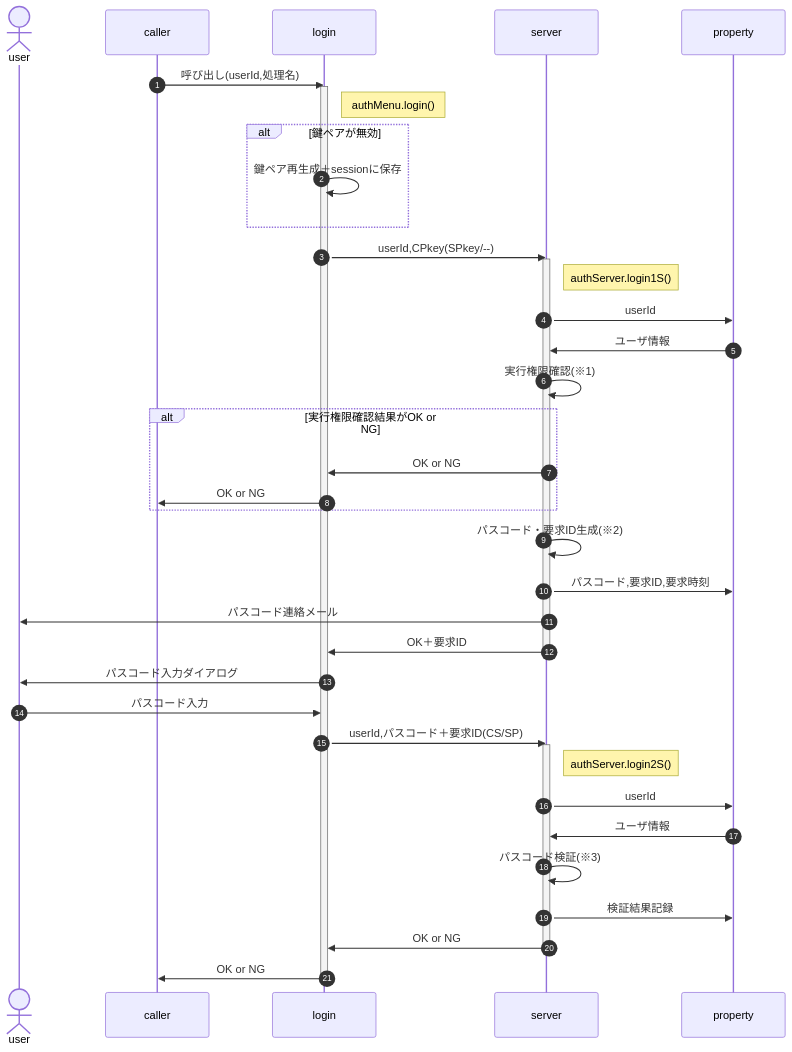
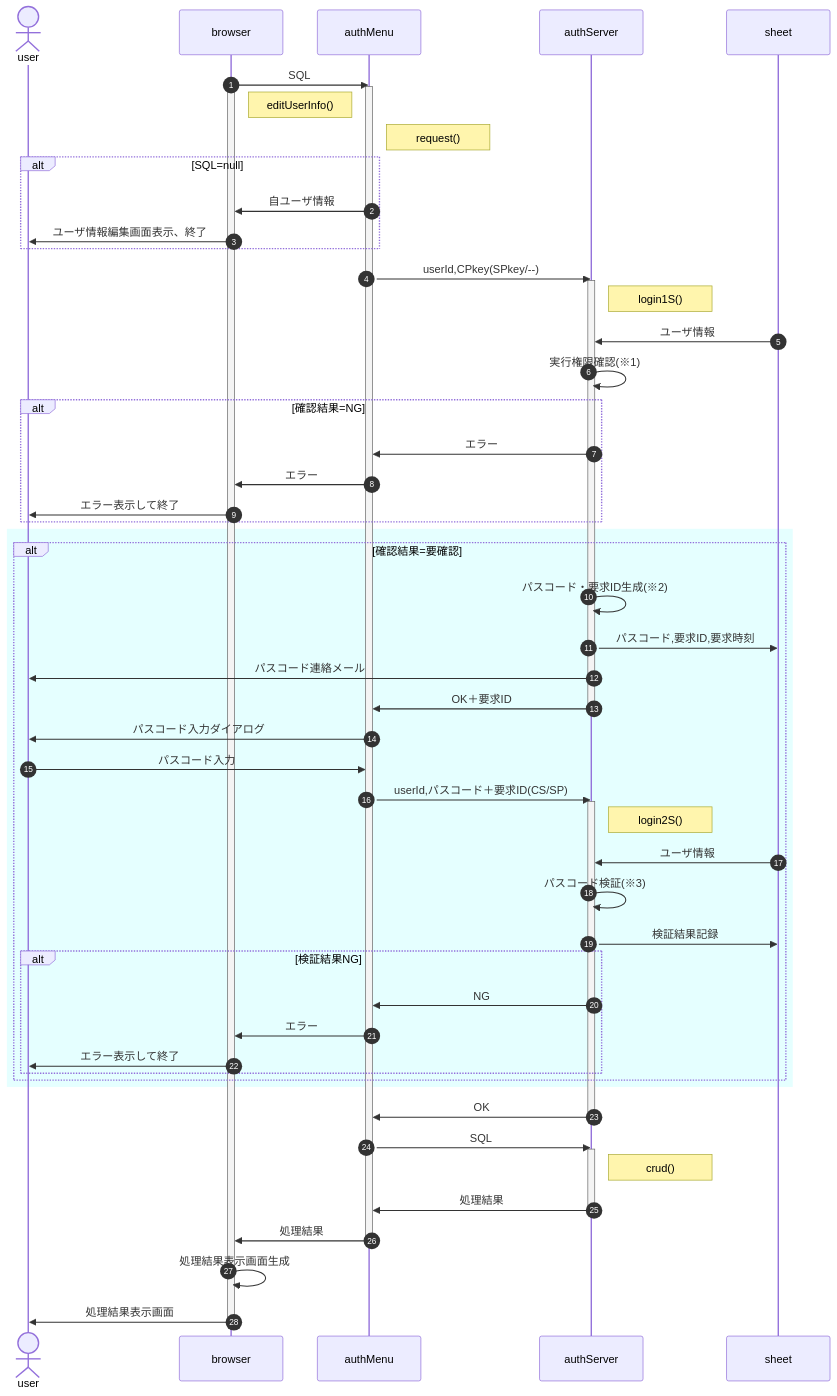
Before and after one commit to nakaone/library: the diagram in authMenu/1.0.0/doc/login.md, drawn with Mermaid.

````diff
--- a/authMenu/1.0.0/doc/login.md
+++ b/authMenu/1.0.0/doc/login.md
@@ -3,47 +3,65 @@
 ```mermaid
 sequenceDiagram
   autonumber
   actor user
-  participant caller
-  participant login
-  participant server
-  participant property
+  participant browser
+  participant client as authMenu
+  participant server as authServer
+  participant sheet
 
-  caller ->> login : 呼び出し(userId,処理名)
-  activate login
-  Note right of login : authMenu.login()
-  alt 鍵ペアが無効
-    login ->> login : 鍵ペア再生成＋sessionに保存
+  browser ->> client : SQL
+  activate browser
+  activate client
+  Note right of browser : editUserInfo()
+  Note right of client : request()
+  alt SQL=null
+    client ->> browser : 自ユーザ情報
+    browser ->> user : ユーザ情報編集画面表示、終了
   end
 
-  login ->> server : userId,CPkey(SPkey/--)
+  client ->> server : userId,CPkey(SPkey/--)
   activate server
-  Note right of server : authServer.login1S()
-  server ->> property : userId
-  property ->> server  : ユーザ情報
+  Note right of server : login1S()
+  sheet ->> server : ユーザ情報
   server ->> server : 実行権限確認(※1)
-  alt 実行権限確認結果がOK or NG
-    server ->> login : OK or NG
-    login ->> caller : OK or NG
+  alt 確認結果=NG
+    server ->> client : エラー
+    client ->> browser : エラー
+    browser ->> user : エラー表示して終了
   end
+  rect rgba(0, 255, 255, 0.1)
+    alt 確認結果=要確認
+      server ->> server : パスコード・要求ID生成(※2)
+      server ->> sheet : パスコード,要求ID,要求時刻
+      server ->> user : パスコード連絡メール
+      server ->> client : OK＋要求ID
+      deactivate server
 
-  server ->> server : パスコード・要求ID生成(※2)
-  server ->> property : パスコード,要求ID,要求時刻
-  server ->> user : パスコード連絡メール
-  server ->> login : OK＋要求ID
+      client ->> user : パスコード入力ダイアログ
+      user ->> client : パスコード入力
+      client ->> server : userId,パスコード＋要求ID(CS/SP)
+      activate server
+      Note right of server : login2S()
+      sheet ->> server : ユーザ情報
+      server ->> server : パスコード検証(※3)
+      server ->> sheet : 検証結果記録
+      alt 検証結果NG
+        server ->> client : NG
+        client ->> browser : エラー
+        browser ->> user : エラー表示して終了
+      end
+    end
+  end
+  server ->> client : OK
   deactivate server
-  login ->> user : パスコード入力ダイアログ
-
-  user ->> login : パスコード入力
-  login ->> server : userId,パスコード＋要求ID(CS/SP)
+  client ->> server : SQL
   activate server
-  Note right of server : authServer.login2S()
-  server ->> property : userId
-  property ->> server : ユーザ情報
-  server ->> server : パスコード検証(※3)
-  server ->> property : 検証結果記録
-  server ->> login : OK or NG
+  Note right of server : crud()
+  server ->> client : 処理結果
   deactivate server
-  login ->> caller : OK or NG
-  deactivate login
+  client ->> browser : 処理結果
+  deactivate client
+  browser ->> browser : 処理結果表示画面生成
+  browser ->> user : 処理結果表示画面
+  deactivate browser
 ```
````
